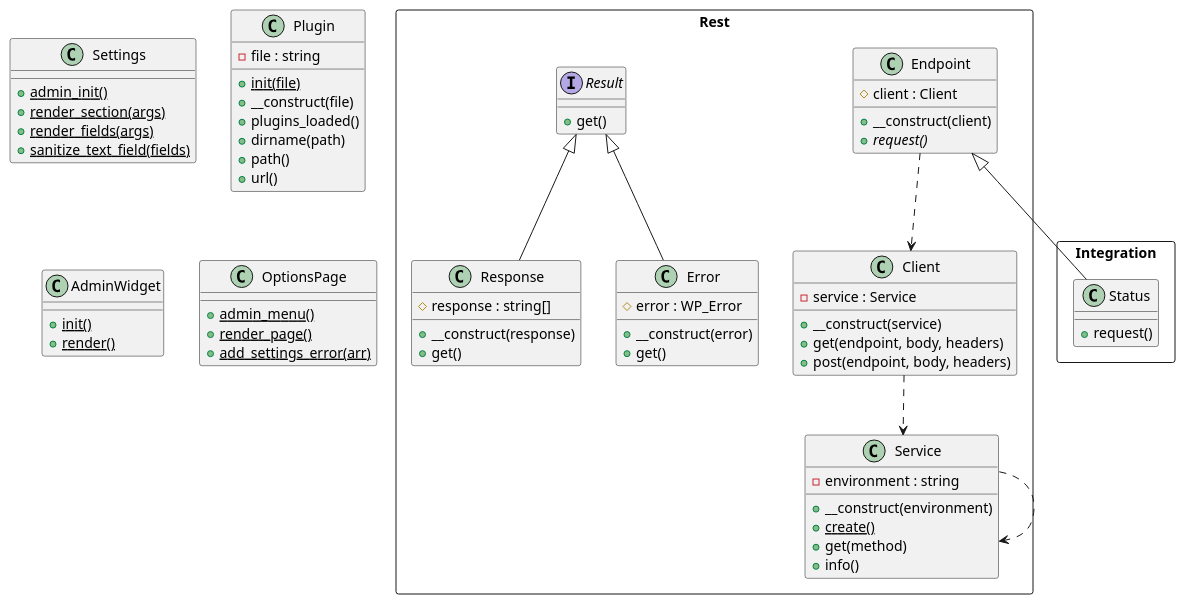
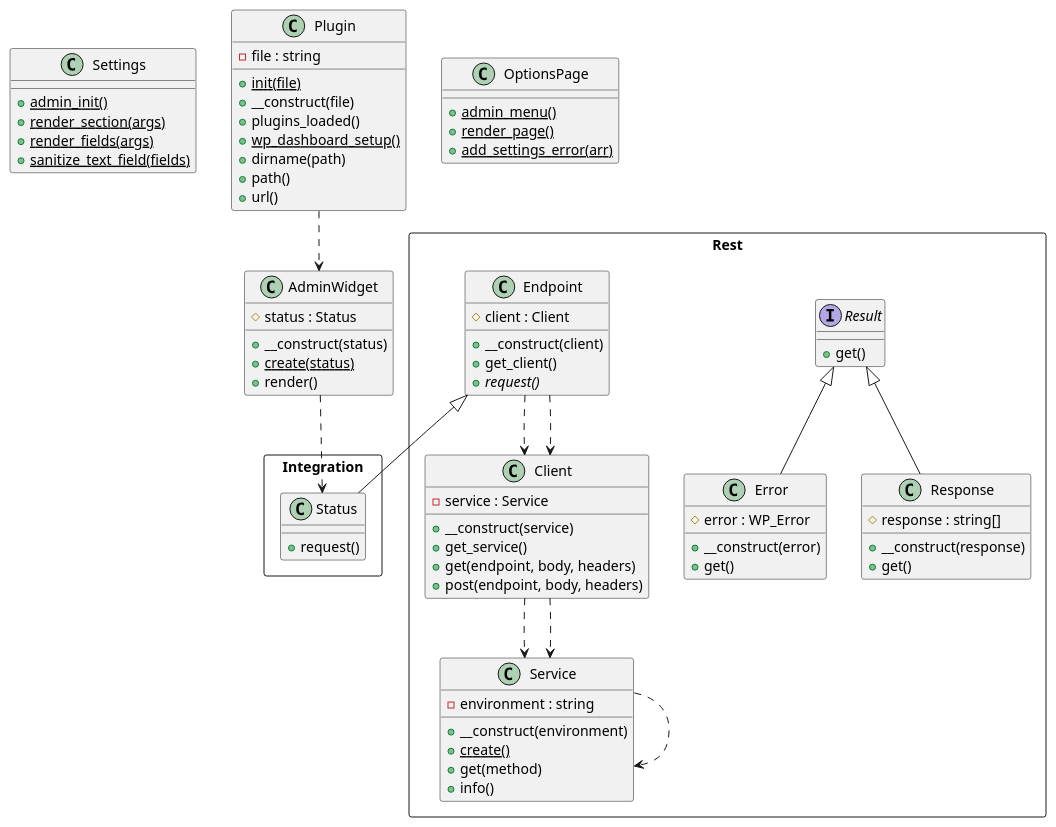
The diagram in plantuml_gist.puml (lloc/wp-nowpayments-integration), drawn with PlantUML before and after one commit. The commit also changed 2 other files, not shown here.

```diff
--- a/plantuml_gist.puml
+++ b/plantuml_gist.puml
@@ -1,70 +1,79 @@
 @startuml class-diagram
   class Settings {
     {static} +admin_init()
     {static} +render_section(args)
     {static} +render_fields(args)
     {static} +sanitize_text_field(fields)
   }
   class Plugin {
     -file : string
     {static} +init(file)
     +__construct(file)
     +plugins_loaded()
+    {static} +wp_dashboard_setup()
     +dirname(path)
     +path()
     +url()
   }
   class AdminWidget {
-    {static} +init()
-    {static} +render()
+    #status : Status
+    +__construct(status)
+    {static} +create(status)
+    +render()
   }
   class OptionsPage {
     {static} +admin_menu()
     {static} +render_page()
     {static} +add_settings_error(arr)
   }
   package Integration as Integration <<Rectangle>> {
     class Integration.Status {
       +request()
     }
   }
   package Rest as Rest <<Rectangle>> {
     interface Rest.Result {
       +get()
     }
     class Rest.Error {
       #error : WP_Error
       +__construct(error)
       +get()
     }
     class Rest.Service {
       -environment : string
       +__construct(environment)
       {static} +create()
       +get(method)
       +info()
     }
     class Rest.Client {
       -service : Service
       +__construct(service)
+      +get_service()
       +get(endpoint, body, headers)
       +post(endpoint, body, headers)
     }
     class Rest.Response {
       #response : string[]
       +__construct(response)
       +get()
     }
     class Rest.Endpoint {
       #client : Client
       +__construct(client)
+      +get_client()
       {abstract} +request()
     }
   }
+  AdminWidget ..> Integration.Status
+  Plugin ..> AdminWidget
   Rest.Client ..> Rest.Service
+  Rest.Client ..> Rest.Service
+  Rest.Endpoint ..> Rest.Client
   Rest.Endpoint ..> Rest.Client
   Rest.Endpoint <|-- Integration.Status
   Rest.Result <|-- Rest.Error
   Rest.Result <|-- Rest.Response
   Rest.Service ..> Rest.Service
 @enduml
```
